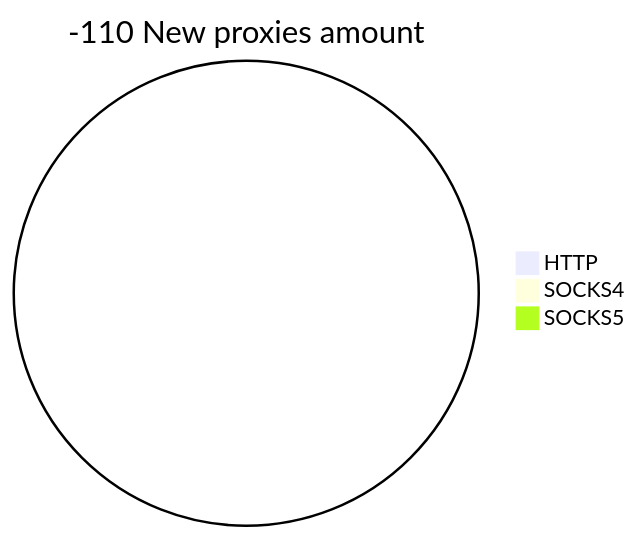
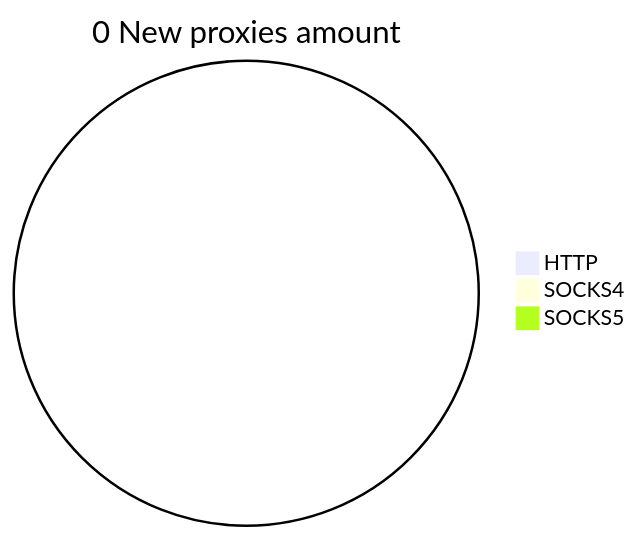
The second of 2 diagrams in README.md (cutipu/proxylist), drawn with Mermaid before and after one commit.

````diff
--- a/README.md
+++ b/README.md
@@ -10,6 +10,6 @@
 ```mermaid
-pie title -110 New proxies amount
+pie title 0 New proxies amount
     "HTTP" : 0
     "SOCKS4" : 0
     "SOCKS5" : 0
 ```
````
